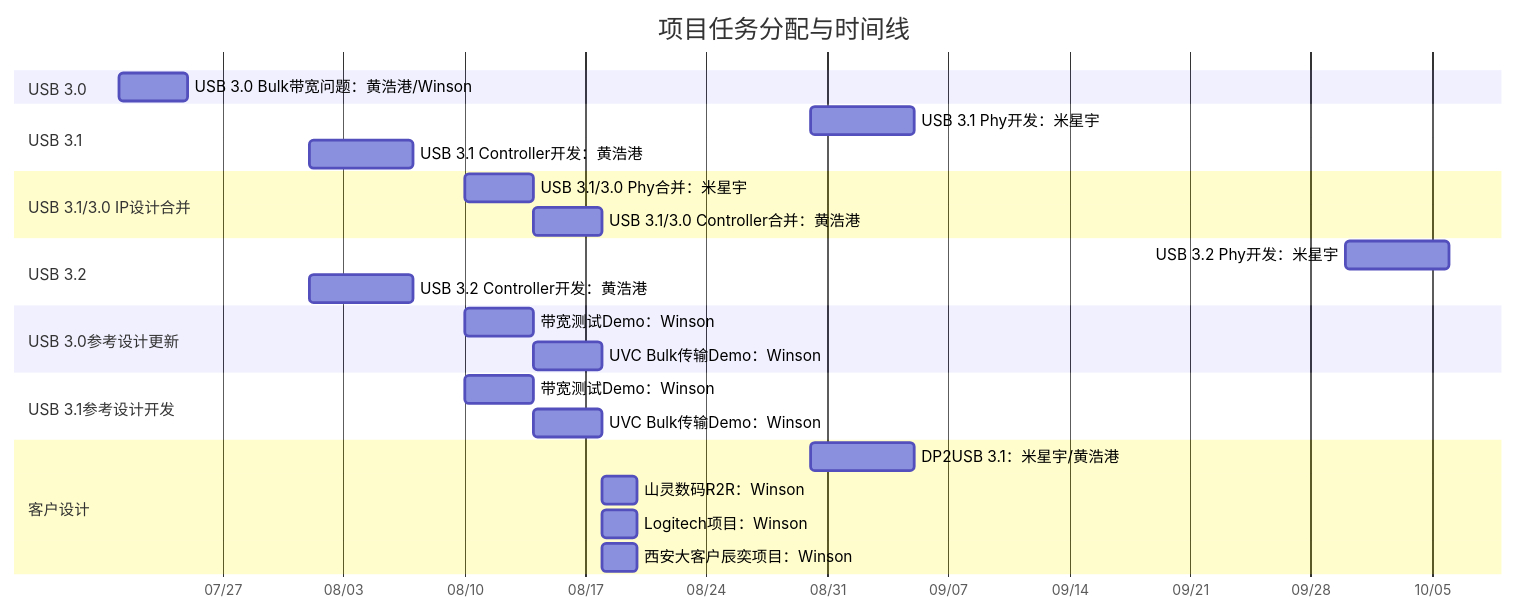
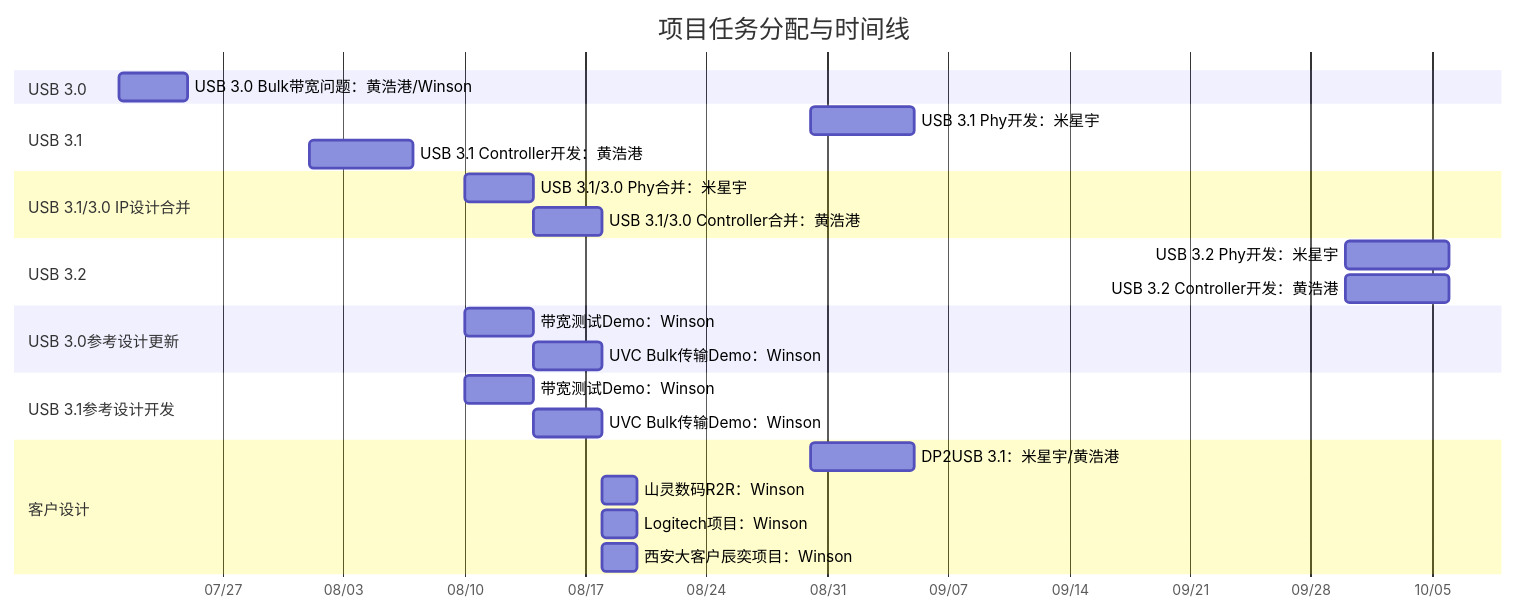
The diagram in all/未命名.md (winsonbook/iodraw-files), drawn with Mermaid before and after one commit.

Commit message:
2025-07-21 10:08:37 update

````diff
--- a/all/未命名.md
+++ b/all/未命名.md
@@ -1,35 +1,35 @@
 ```mermaid
 gantt
     title 项目任务分配与时间线
     dateFormat  YYYY-MM-DD
     axisFormat  %m/%d
 
     section USB 3.0
     USB 3.0 Bulk带宽问题：黄浩港/Winson   :    task1, 2025-07-21, 4d
 
     section USB 3.1
     USB 3.1 Phy开发：米星宇      :         task2, 2025-08-30, 6d
     USB 3.1 Controller开发：黄浩港      :  task3, 2025-08-01, 6d
 
     section USB 3.1/3.0 IP设计合并
     USB 3.1/3.0 Phy合并：米星宇       :    task4, 2025-08-10, 4d
     USB 3.1/3.0 Controller合并：黄浩港:    task5, 2025-08-14, 4d
 
     section USB 3.2
     USB 3.2 Phy开发：米星宇      :         task2, 2025-09-30, 6d
-    USB 3.2 Controller开发：黄浩港      :  task3, 2025-08-01, 6d
+    USB 3.2 Controller开发：黄浩港      :  task3, 2025-09-30, 6d
 
     section USB 3.0参考设计更新
     带宽测试Demo：Winson       :         task6, 2025-08-10, 4d
     UVC Bulk传输Demo：Winson   :        task7, 2025-08-14, 4d
 
     section USB 3.1参考设计开发
     带宽测试Demo：Winson       :         task8, 2025-08-10, 4d
     UVC Bulk传输Demo：Winson   :         task9, 2025-08-14, 4d
 
     section 客户设计
     DP2USB 3.1：米星宇/黄浩港      :task10, 2025-08-30, 6d
     山灵数码R2R：Winson :             task11, 2025-08-18, 2d
     Logitech项目：Winson :            task12, 2025-08-18, 2d
     西安大客户辰奕项目：Winson :       task13, 2025-08-18, 2d
 ```
````
